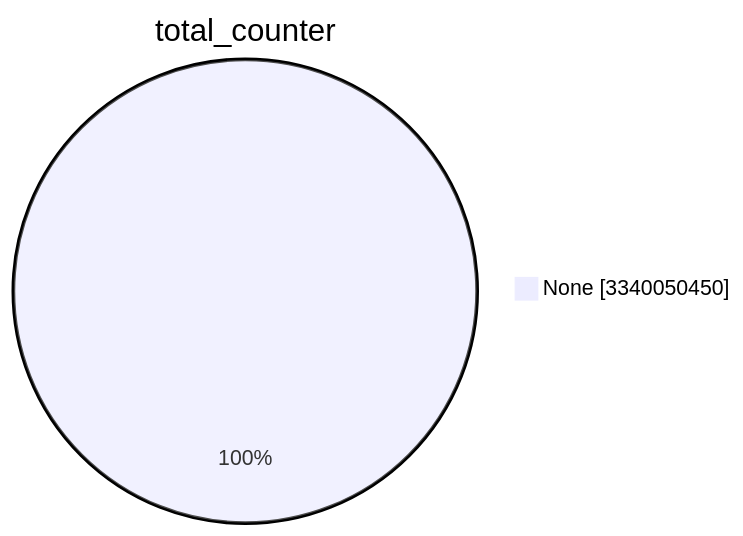
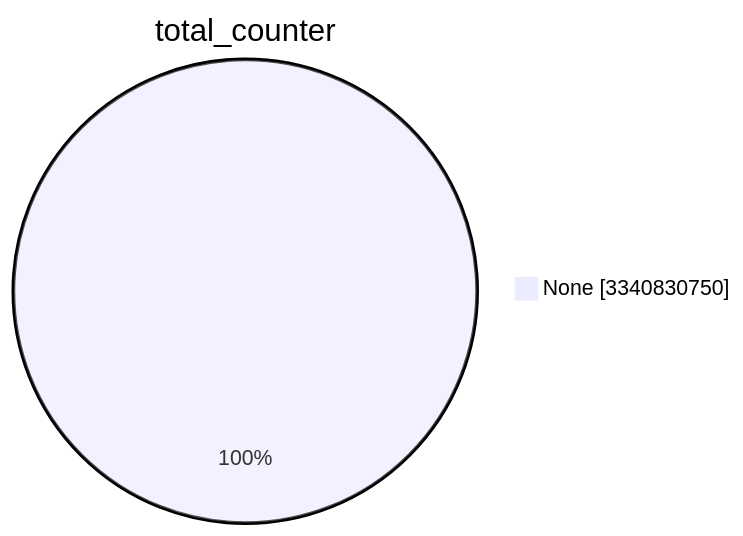
Before and after one commit to christiankrug/ctmonitor_visualization: the first of 15 diagrams in TOTAL/README.md, drawn with Mermaid. The commit also changed other lines of this file, not shown here.

````diff
--- a/TOTAL/README.md
+++ b/TOTAL/README.md
@@ -1,5 +1,5 @@
 ```mermaid
 pie showData
 title total_counter
-"None" :3340050450
+"None" :3340830750
 ```
````
